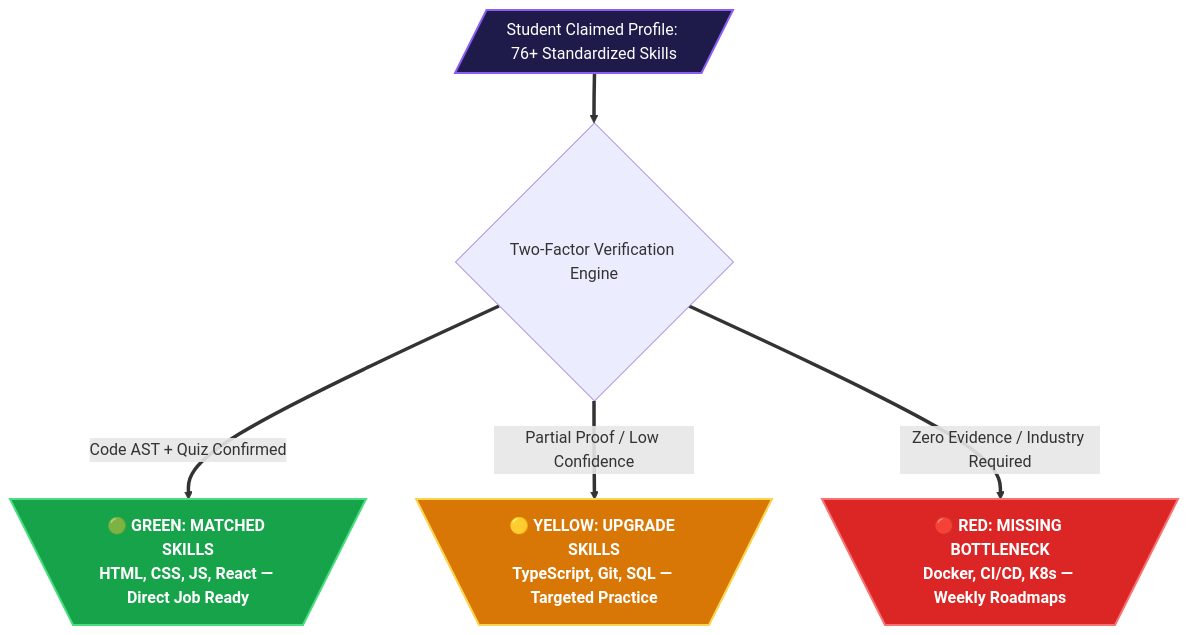
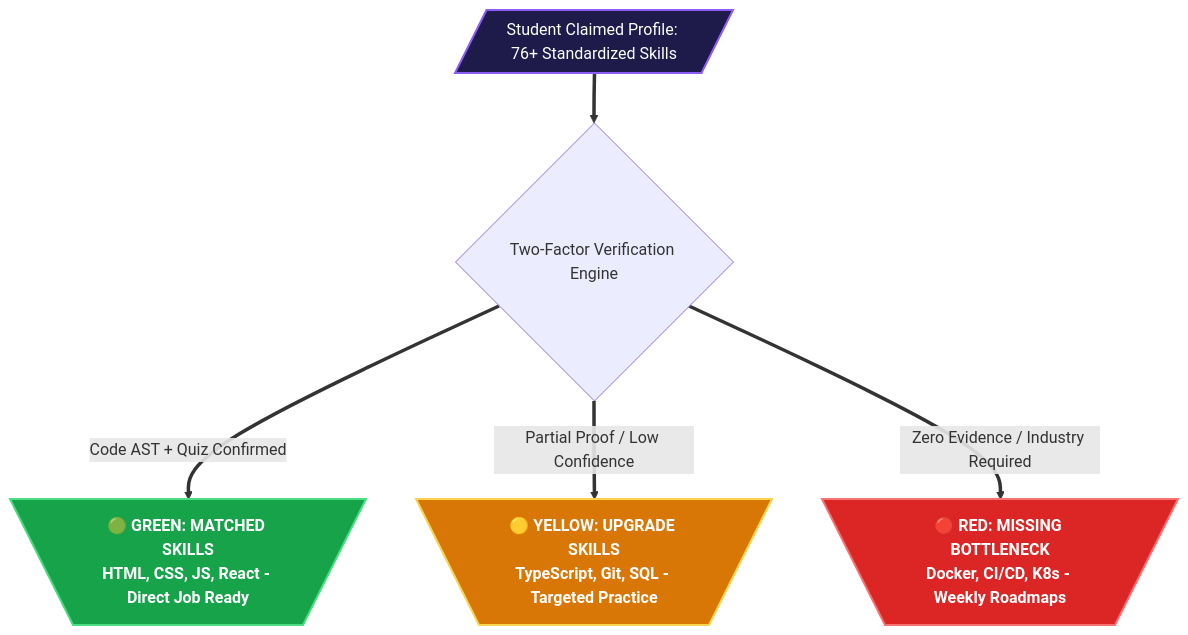
Before and after one commit to parthpatil1234p-svg/disheera: the second of 6 diagrams in HACK2IGNITE_2026_IDEA_PPT_SUBMISSION.md, drawn with Mermaid. The commit also changed other lines of this file and 4 other files, not shown here.

````diff
--- a/HACK2IGNITE_2026_IDEA_PPT_SUBMISSION.md
+++ b/HACK2IGNITE_2026_IDEA_PPT_SUBMISSION.md
@@ -137,14 +137,14 @@
 ```mermaid
 flowchart TD
     classDef input fill:#1E1B4B,stroke:#8B5CF6,stroke-width:2px,color:#FFFFFF;
     classDef ready fill:#16A34A,stroke:#4ADE80,stroke-width:2px,color:#FFFFFF,font-weight:bold;
     classDef upgrade fill:#D97706,stroke:#FCD34D,stroke-width:2px,color:#FFFFFF,font-weight:bold;
     classDef missing fill:#DC2626,stroke:#F87171,stroke-width:2px,color:#FFFFFF,font-weight:bold;
 
     RAW[/Student Claimed Profile: 76+ Standardized Skills/]:::input
     RAW ==> ENGINE{Two-Factor Verification Engine}
 
-    ENGINE ==>|Code AST + Quiz Confirmed| GREEN[\🟢 GREEN: MATCHED SKILLS<br/>HTML, CSS, JS, React — Direct Job Ready/]:::ready
-    ENGINE ==>|Partial Proof / Low Confidence| YELLOW[\🟡 YELLOW: UPGRADE SKILLS<br/>TypeScript, Git, SQL — Targeted Practice/]:::upgrade
-    ENGINE ==>|Zero Evidence / Industry Required| RED[\🔴 RED: MISSING BOTTLENECK<br/>Docker, CI/CD, K8s — Weekly Roadmaps/]:::missing
+    ENGINE ==>|Code AST + Quiz Confirmed| GREEN[\🟢 GREEN: MATCHED SKILLS<br/>HTML, CSS, JS, React - Direct Job Ready/]:::ready
+    ENGINE ==>|Partial Proof / Low Confidence| YELLOW[\🟡 YELLOW: UPGRADE SKILLS<br/>TypeScript, Git, SQL - Targeted Practice/]:::upgrade
+    ENGINE ==>|Zero Evidence / Industry Required| RED[\🔴 RED: MISSING BOTTLENECK<br/>Docker, CI/CD, K8s - Weekly Roadmaps/]:::missing
 ```
````
